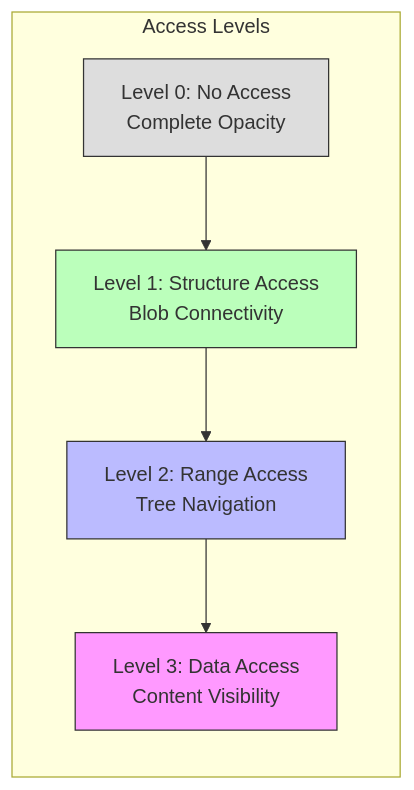
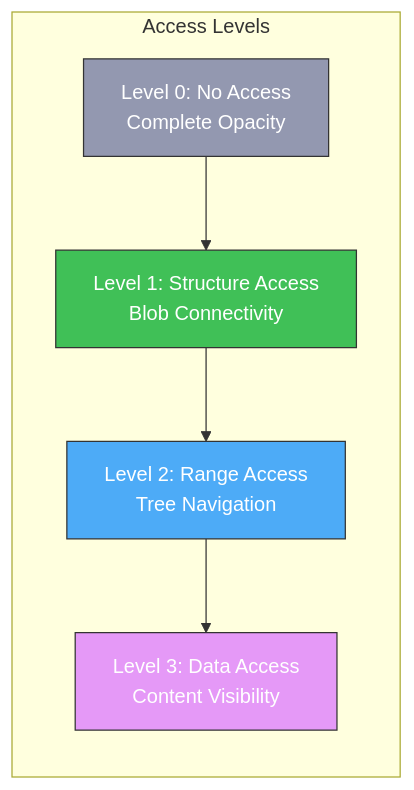
The first of 7 diagrams in notes/privacy.md (dialog-db/dialog-db), drawn with Mermaid before and after one commit. The commit also changed other lines of this file, not shown here.

````diff
--- a/notes/privacy.md
+++ b/notes/privacy.md
@@ -17,17 +17,17 @@
 ```mermaid
 flowchart TD
     subgraph "Access Levels"
         direction TB
         L0["Level 0: No Access<br/>Complete Opacity"]
         L1["Level 1: Structure Access<br/>Blob Connectivity"]
         L2["Level 2: Range Access<br/>Tree Navigation"]
         L3["Level 3: Data Access<br/>Content Visibility"]
     end
     
     L0 --> L1 --> L2 --> L3
     
-    style L0 fill:#ddd,stroke:#333,stroke-width:1px
-    style L1 fill:#bfb,stroke:#333,stroke-width:1px
-    style L2 fill:#bbf,stroke:#333,stroke-width:1px
-    style L3 fill:#f9f,stroke:#333,stroke-width:1px
+    style L0 fill:#9398B0,stroke:#333,stroke-width:1px,color:#FFFFFF
+    style L1 fill:#40C057,stroke:#333,stroke-width:1px,color:#FFFFFF
+    style L2 fill:#4DABF7,stroke:#333,stroke-width:1px,color:#FFFFFF
+    style L3 fill:#E599F7,stroke:#333,stroke-width:1px,color:#FFFFFF
 ```
````
